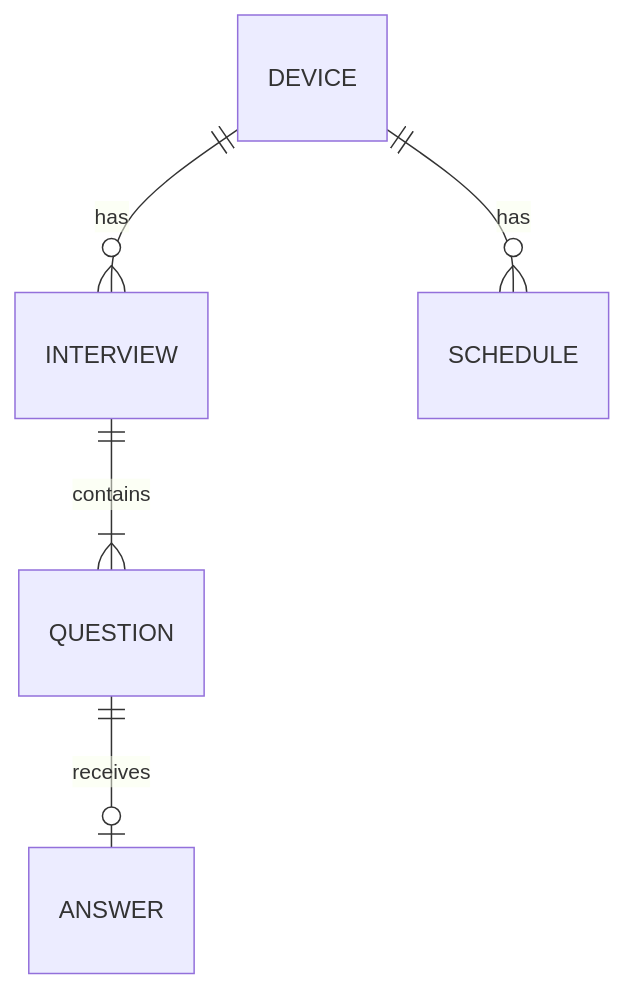
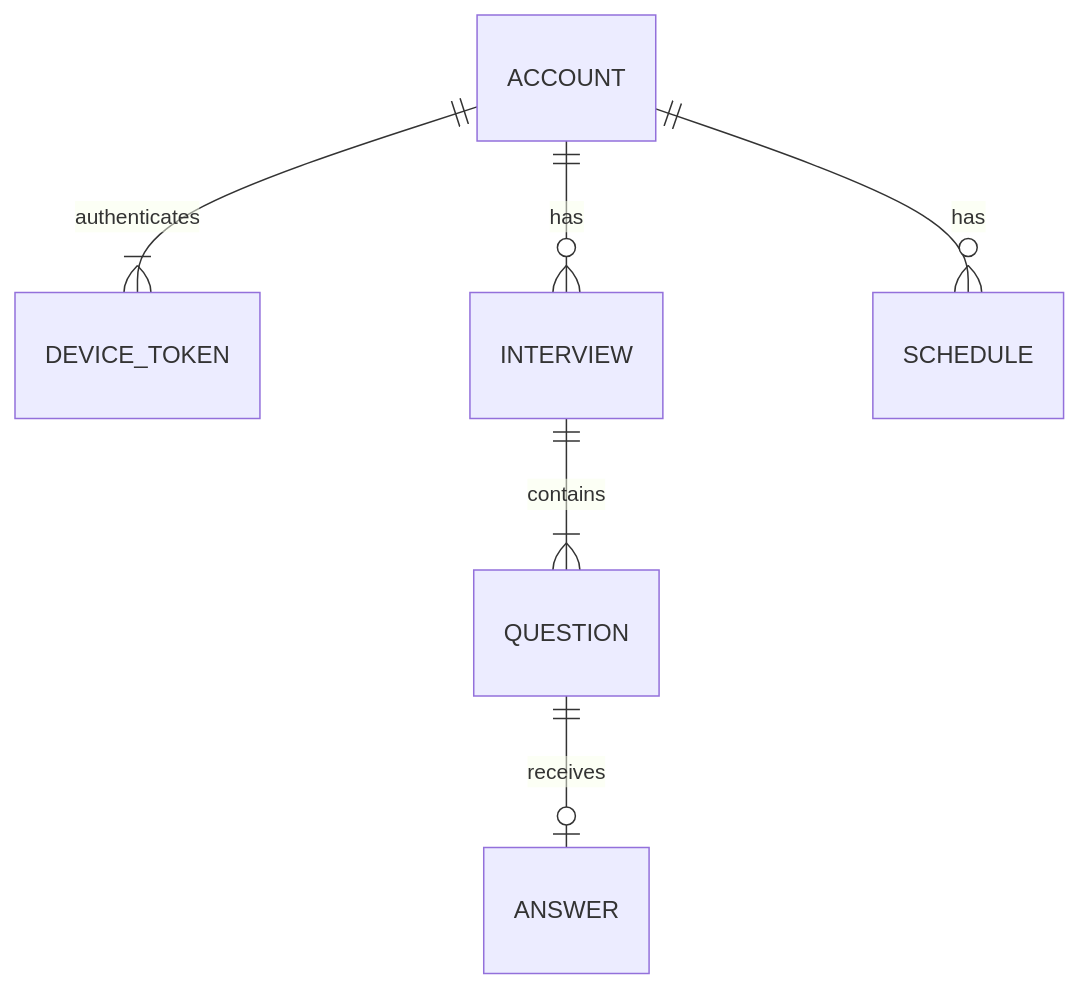
One commit to znak99/JEC-FirstStepToCareer changed the diagram in docs/system-design/DATA.md. Above: the diagram before and after it, drawn with Mermaid. The commit also changed other lines of this file and 6 other files, not shown here.

````diff
--- a/docs/system-design/DATA.md
+++ b/docs/system-design/DATA.md
@@ -23,7 +24,8 @@
 ```mermaid
 erDiagram
-  DEVICE ||--o{ INTERVIEW : has
-  DEVICE ||--o{ SCHEDULE : has
+  ACCOUNT ||--|{ DEVICE_TOKEN : authenticates
+  ACCOUNT ||--o{ INTERVIEW : has
+  ACCOUNT ||--o{ SCHEDULE : has
   INTERVIEW ||--|{ QUESTION : contains
   QUESTION ||--o| ANSWER : receives
 ```
````
